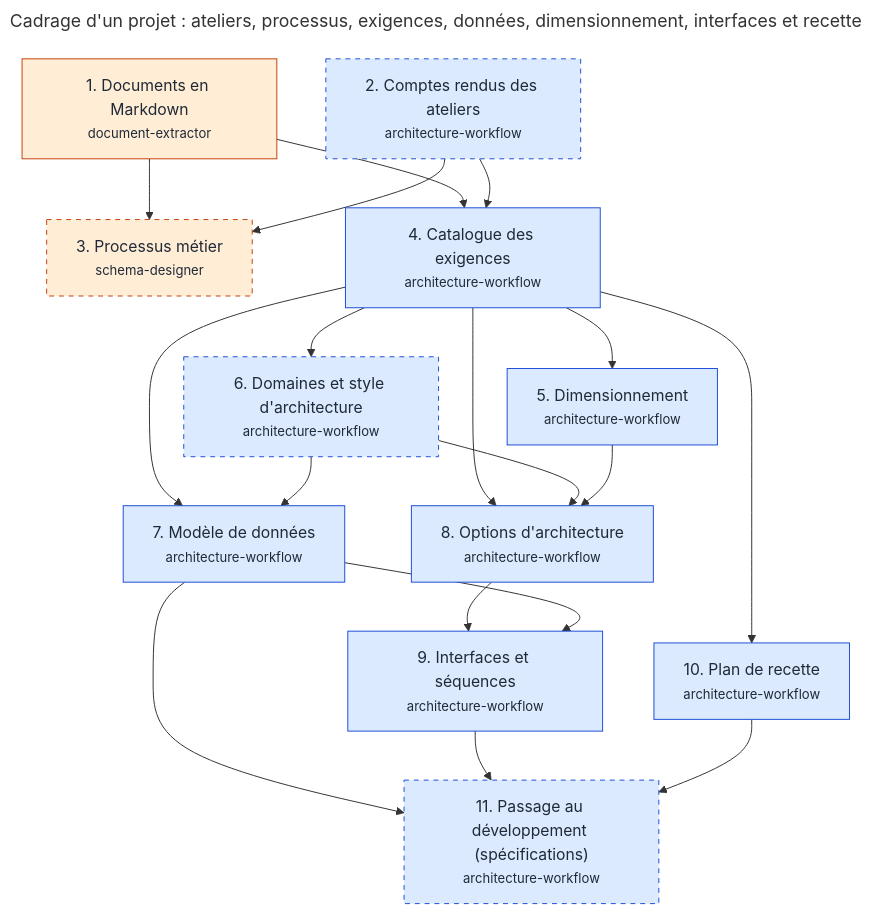
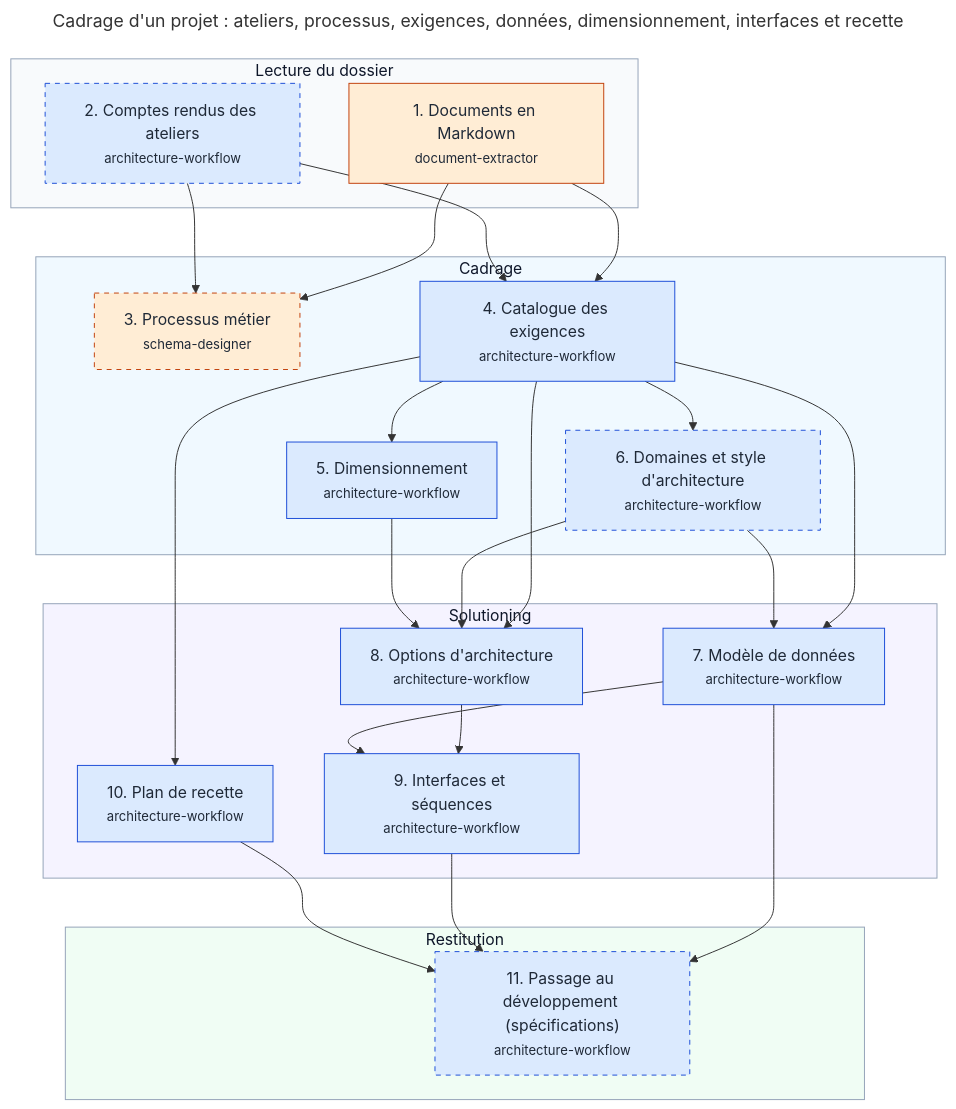
One commit to RenaudVanhille/myskills changed the diagram in docs/workflows/cadrage.md. Above: the diagram before and after it, drawn with Mermaid. The commit also changed other lines of this file and 35 other files, not shown here.

````diff
--- a/docs/workflows/cadrage.md
+++ b/docs/workflows/cadrage.md
@@ -17,40 +17,55 @@
 ```mermaid
 ---
 title: "Cadrage d'un projet : ateliers, processus, exigences, données, dimensionnement, interfaces et recette"
 ---
 flowchart TD
-  s_documents["1. Documents en Markdown<br/><small>document-extractor</small>"]
-  s_comptes_rendus["2. Comptes rendus des ateliers<br/><small>architecture-workflow</small>"]
-  s_processus["3. Processus métier<br/><small>schema-designer</small>"]
-  s_exigences["4. Catalogue des exigences<br/><small>architecture-workflow</small>"]
-  s_dimensionnement["5. Dimensionnement<br/><small>architecture-workflow</small>"]
-  s_domaines["6. Domaines et style d'architecture<br/><small>architecture-workflow</small>"]
-  s_modele_donnees["7. Modèle de données<br/><small>architecture-workflow</small>"]
-  s_architectures["8. Options d'architecture<br/><small>architecture-workflow</small>"]
-  s_interfaces["9. Interfaces et séquences<br/><small>architecture-workflow</small>"]
-  s_recette["10. Plan de recette<br/><small>architecture-workflow</small>"]
-  s_developpement["11. Passage au développement (spécifications)<br/><small>architecture-workflow</small>"]
+  subgraph z_lecture["Lecture du dossier"]
+    s_documents["1. Documents en Markdown<br/><small>document-extractor</small>"]
+    s_comptes_rendus["2. Comptes rendus des ateliers<br/><small>architecture-workflow</small>"]
+  end
+  style z_lecture fill:#f8fafc,stroke:#94a3b8,color:#0f172a
+  subgraph z_cadrage["Cadrage"]
+    s_processus["3. Processus métier<br/><small>schema-designer</small>"]
+    s_exigences["4. Catalogue des exigences<br/><small>architecture-workflow</small>"]
+    s_dimensionnement["5. Dimensionnement<br/><small>architecture-workflow</small>"]
+    s_domaines["6. Domaines et style d'architecture<br/><small>architecture-workflow</small>"]
+  end
+  style z_cadrage fill:#f0f9ff,stroke:#94a3b8,color:#0f172a
+  subgraph z_solutioning["Solutioning"]
+    s_modele_donnees["7. Modèle de données<br/><small>architecture-workflow</small>"]
+    s_architectures["8. Options d'architecture<br/><small>architecture-workflow</small>"]
+    s_interfaces["9. Interfaces et séquences<br/><small>architecture-workflow</small>"]
+    s_recette["10. Plan de recette<br/><small>architecture-workflow</small>"]
+  end
+  style z_solutioning fill:#f5f3ff,stroke:#94a3b8,color:#0f172a
+  subgraph z_restitution["Restitution"]
+    s_developpement["11. Passage au développement (spécifications)<br/><small>architecture-workflow</small>"]
+  end
+  style z_restitution fill:#f0fdf4,stroke:#94a3b8,color:#0f172a
   s_documents --> s_processus
   s_comptes_rendus --> s_processus
   s_documents --> s_exigences
   s_comptes_rendus --> s_exigences
   s_exigences --> s_dimensionnement
   s_exigences --> s_domaines
   s_exigences --> s_modele_donnees
   s_domaines --> s_modele_donnees
   s_exigences --> s_architectures
   s_domaines --> s_architectures
   s_dimensionnement --> s_architectures
   s_architectures --> s_interfaces
   s_modele_donnees --> s_interfaces
   s_exigences --> s_recette
   s_modele_donnees --> s_developpement
   s_interfaces --> s_developpement
   s_recette --> s_developpement
+  s_comptes_rendus ~~~ s_processus
+  s_domaines ~~~ s_modele_donnees
+  s_recette ~~~ s_developpement
   classDef moteur fill:#dbeafe,stroke:#1d4ed8,color:#1f2937
   classDef agent fill:#ffedd5,stroke:#c2410c,color:#1f2937
   classDef facultative stroke-dasharray:5 5
   class s_comptes_rendus,s_exigences,s_dimensionnement,s_domaines,s_modele_donnees,s_architectures,s_interfaces,s_recette,s_developpement moteur
   class s_documents,s_processus agent
   class s_comptes_rendus,s_processus,s_domaines,s_developpement facultative
 ```
````
